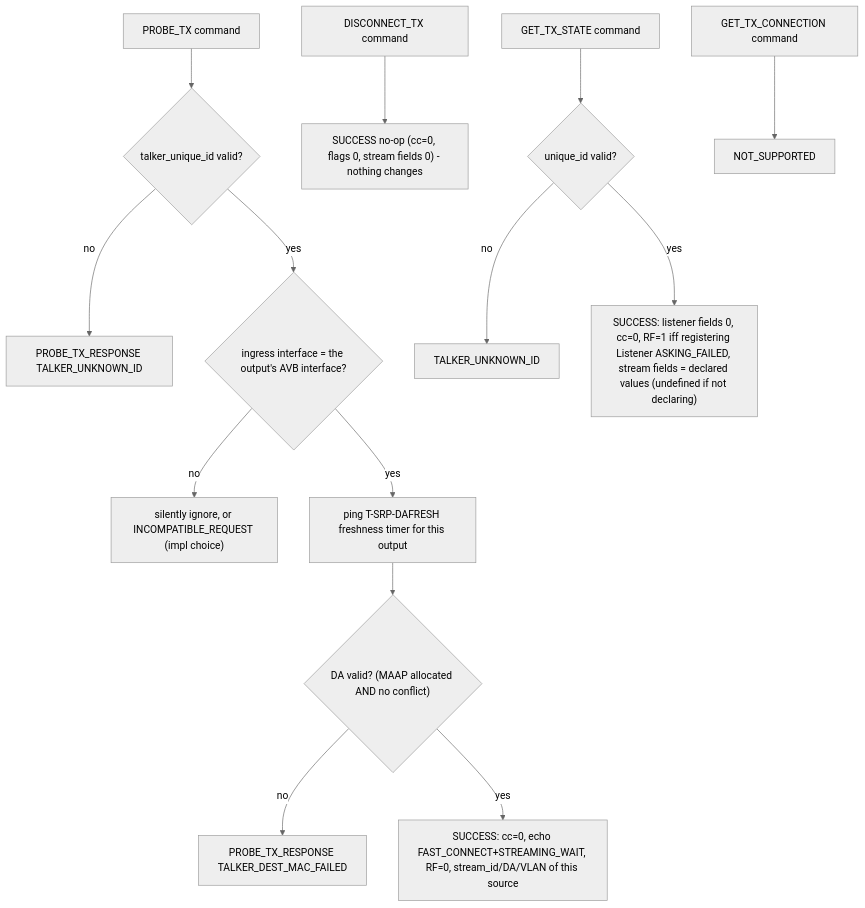
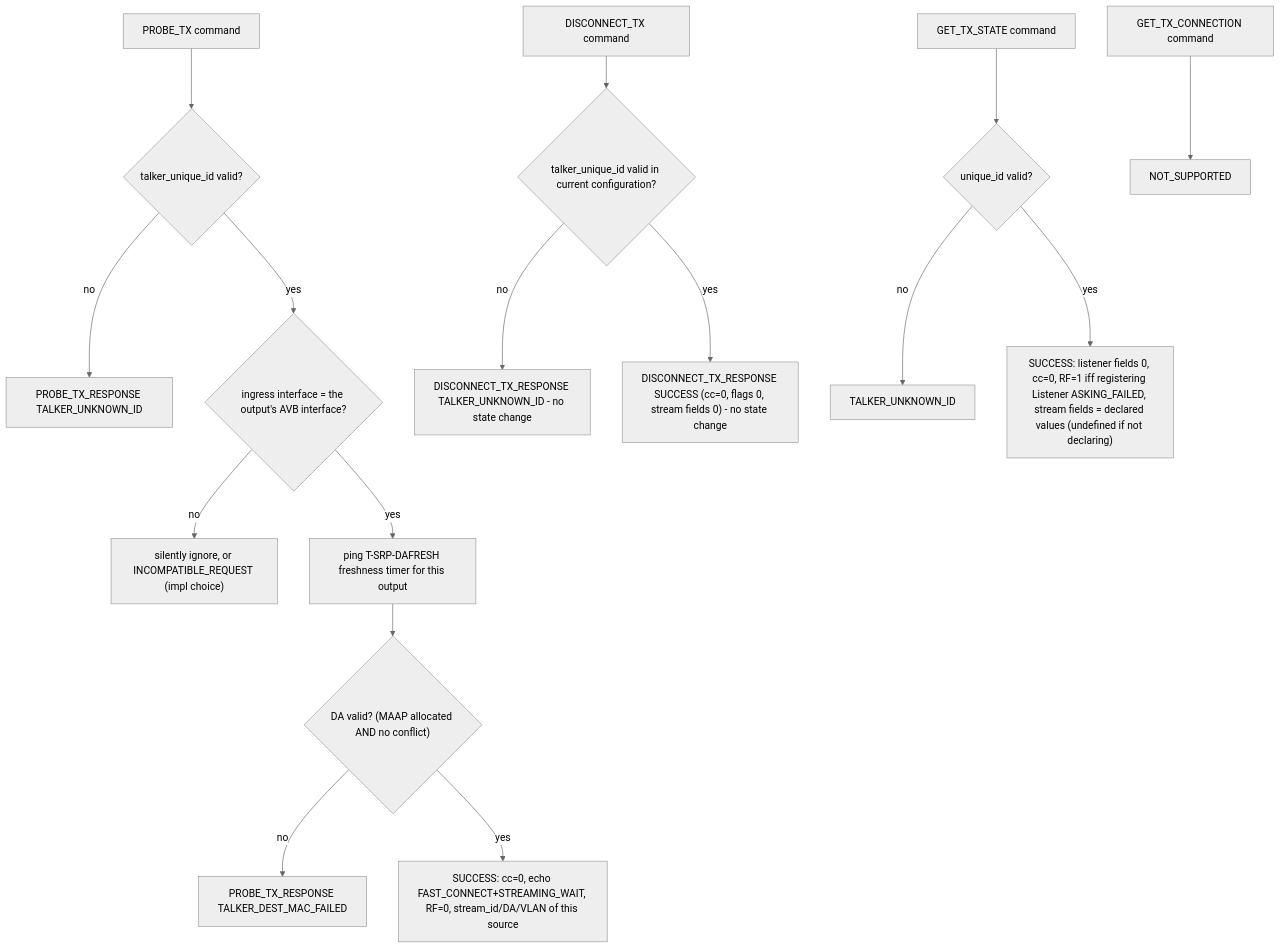
The sixth of 11 diagrams in docs/architecture/05_acmp_engine.md (Mister-M-alt/protocol-processor-control-plane-avb-milan), drawn with Mermaid (neutral theme) before and after one commit. The commit also changed other lines of this file and 9 other files, not shown here.

````diff
--- a/docs/architecture/05_acmp_engine.md
+++ b/docs/architecture/05_acmp_engine.md
@@ -377,16 +393,18 @@
 ```mermaid
 flowchart TB
   p["PROBE_TX command"] --> v1{"talker_unique_id valid?"}
   v1 -- no --> r1["PROBE_TX_RESPONSE TALKER_UNKNOWN_ID"]
   v1 -- yes --> v2{"ingress interface = the output's AVB interface?"}
   v2 -- no --> r2["silently ignore, or INCOMPATIBLE_REQUEST (impl choice)"]
   v2 -- yes --> ping["ping T-SRP-DAFRESH freshness timer for this output"]
   ping --> v3{"DA valid? (MAAP allocated AND no conflict)"}
   v3 -- no --> r3["PROBE_TX_RESPONSE TALKER_DEST_MAC_FAILED"]
   v3 -- yes --> r4["SUCCESS: cc=0, echo FAST_CONNECT+STREAMING_WAIT, RF=0, stream_id/DA/VLAN of this source"]
-  d["DISCONNECT_TX command"] --> r5["SUCCESS no-op (cc=0, flags 0, stream fields 0) - nothing changes"]
+  d["DISCONNECT_TX command"] --> v5{"talker_unique_id valid in current configuration?"}
+  v5 -- no --> r9["DISCONNECT_TX_RESPONSE TALKER_UNKNOWN_ID - no state change"]
+  v5 -- yes --> r5["DISCONNECT_TX_RESPONSE SUCCESS (cc=0, flags 0, stream fields 0) - no state change"]
   g["GET_TX_STATE command"] --> v4{"unique_id valid?"}
   v4 -- no --> r6["TALKER_UNKNOWN_ID"]
   v4 -- yes --> r7["SUCCESS: listener fields 0, cc=0, RF=1 iff registering Listener ASKING_FAILED, stream fields = declared values (undefined if not declaring)"]
   gc["GET_TX_CONNECTION command"] --> r8["NOT_SUPPORTED"]
 ```
````
